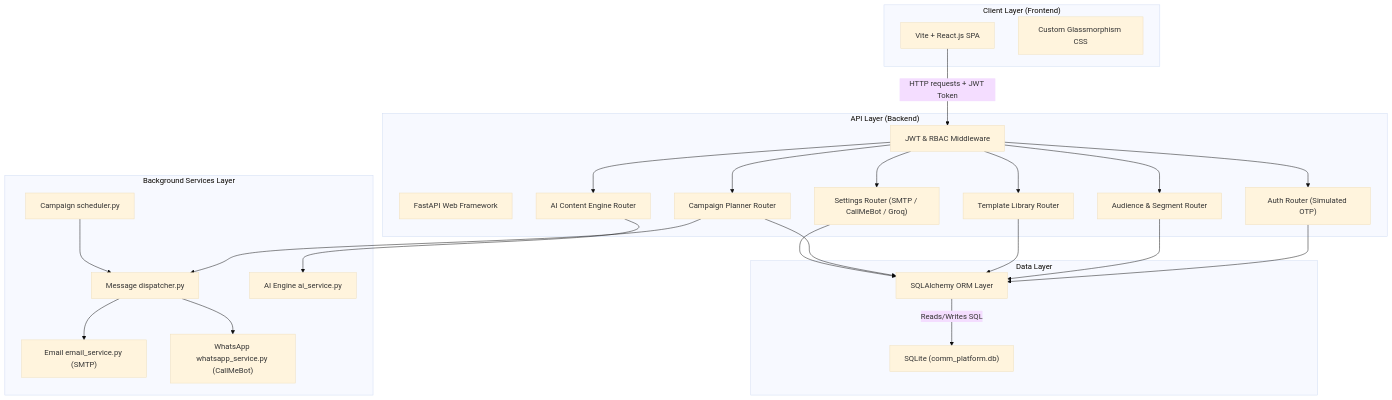
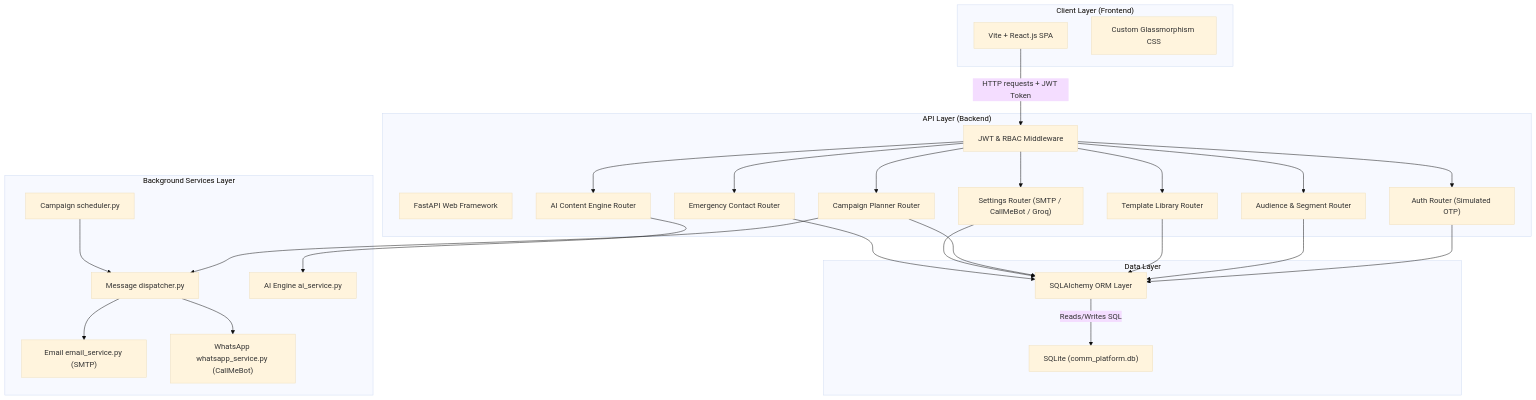
Before and after one commit to RiyanshiVerma-11/CommAI: the first of 2 diagrams in README.md, drawn with Mermaid (base theme). The commit also changed other lines of this file, not shown here.

````diff
--- a/README.md
+++ b/README.md
@@ -18,54 +18,57 @@
 ```mermaid
 graph TD
     subgraph client_layer ["Client Layer (Frontend)"]
         ReactApp["Vite + React.js SPA"]
         VanillaCSS["Custom Glassmorphism CSS"]
     end
 
     subgraph api_layer ["API Layer (Backend)"]
         FastAPI["FastAPI Web Framework"]
         AuthMiddleware["JWT & RBAC Middleware"]
         RouterAuth["Auth Router (Simulated OTP)"]
         RouterAudience["Audience & Segment Router"]
         RouterTemplate["Template Library Router"]
         RouterCampaign["Campaign Planner Router"]
         RouterSettings["Settings Router (SMTP / CallMeBot / Groq)"]
         RouterAI["AI Content Engine Router"]
+        RouterEmergency["Emergency Contact Router"]
     end
 
     subgraph services_layer ["Background Services Layer"]
         Scheduler["Campaign scheduler.py"]
         Dispatcher["Message dispatcher.py"]
         EmailService["Email email_service.py (SMTP)"]
         WAService["WhatsApp whatsapp_service.py (CallMeBot)"]
         AIService["AI Engine ai_service.py"]
     end
 
     subgraph data_layer ["Data Layer"]
         SQLAlchemy["SQLAlchemy ORM Layer"]
         SQLite["SQLite (comm_platform.db)"]
     end
 
     ReactApp -->|HTTP requests + JWT Token| AuthMiddleware
     AuthMiddleware --> RouterAuth
     AuthMiddleware --> RouterAudience
     AuthMiddleware --> RouterTemplate
     AuthMiddleware --> RouterCampaign
     AuthMiddleware --> RouterSettings
     AuthMiddleware --> RouterAI
+    AuthMiddleware --> RouterEmergency
 
     RouterCampaign --> Dispatcher
     Scheduler --> Dispatcher
     Dispatcher --> EmailService
     Dispatcher --> WAService
 
     RouterAI --> AIService
 
     RouterAuth --> SQLAlchemy
     RouterAudience --> SQLAlchemy
     RouterTemplate --> SQLAlchemy
     RouterCampaign --> SQLAlchemy
     RouterSettings --> SQLAlchemy
+    RouterEmergency --> SQLAlchemy
 
     SQLAlchemy -->|Reads/Writes SQL| SQLite
 ```
````
